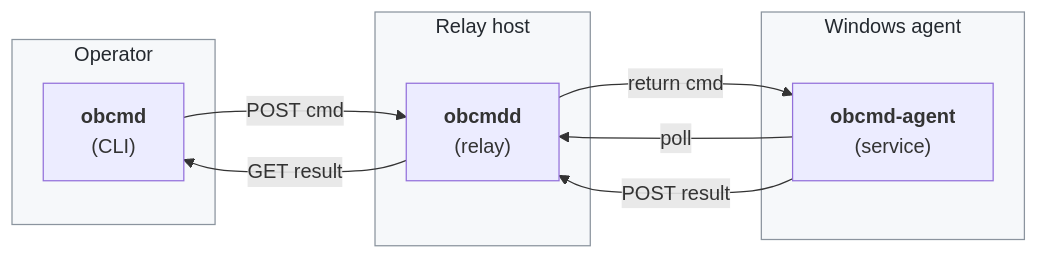
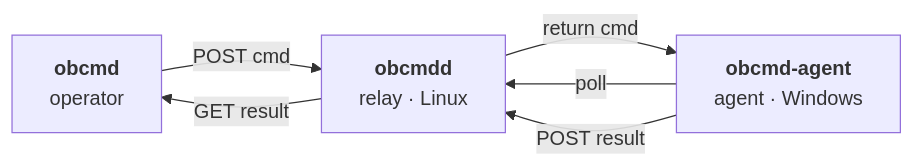
Before and after one commit to obay/rcmd: the diagram in README.md, drawn with Mermaid. The commit also changed other lines of this file and 4 other files, not shown here.

````diff
--- a/README.md
+++ b/README.md
@@ -18,21 +9,12 @@
 ```mermaid
 flowchart LR
-    subgraph op["Operator"]
-        cli["<b>obcmd</b><br/>(CLI)"]
-    end
-    subgraph host["Relay host"]
-        relay["<b>obcmdd</b><br/>(relay)"]
-    end
-    subgraph win["Windows agent"]
-        agent["<b>obcmd-agent</b><br/>(service)"]
-    end
+    op["<b>obcmd</b><br/>operator"]
+    relay["<b>obcmdd</b><br/>relay · Linux"]
+    agent["<b>obcmd-agent</b><br/>agent · Windows"]
 
-    cli  -- "POST cmd"    --> relay
-    relay -- "GET result"  --> cli
+    op    -- "POST cmd"    --> relay
+    relay -- "GET result"  --> op
     agent -- "poll"        --> relay
     relay -- "return cmd"  --> agent
     agent -- "POST result" --> relay
-
-    classDef edge fill:#f6f8fa,stroke:#8b949e,stroke-width:1px,color:#24292f
-    class op,host,win edge
 ```
````
